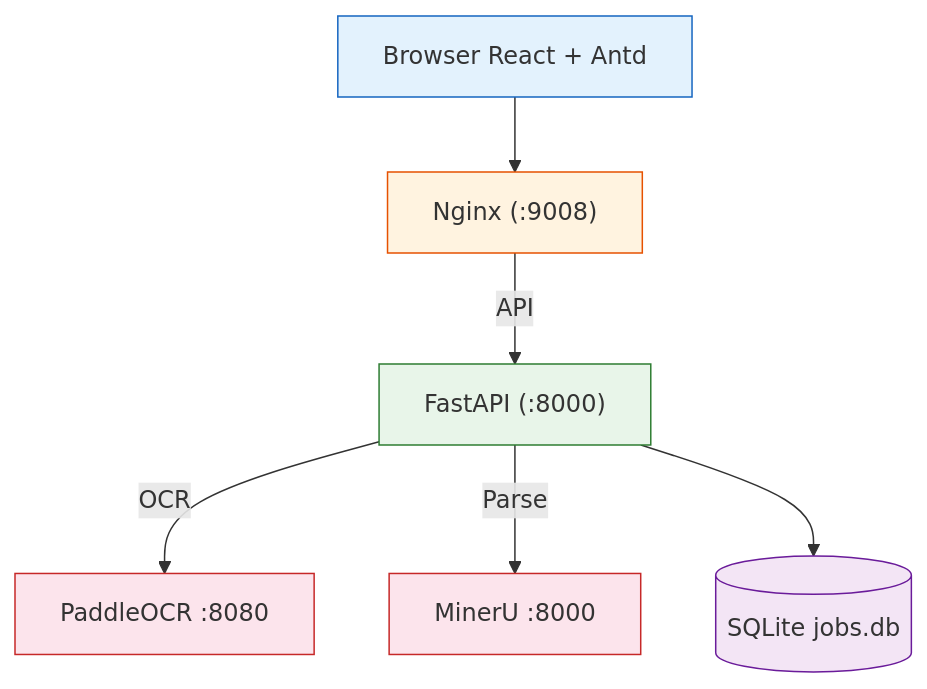
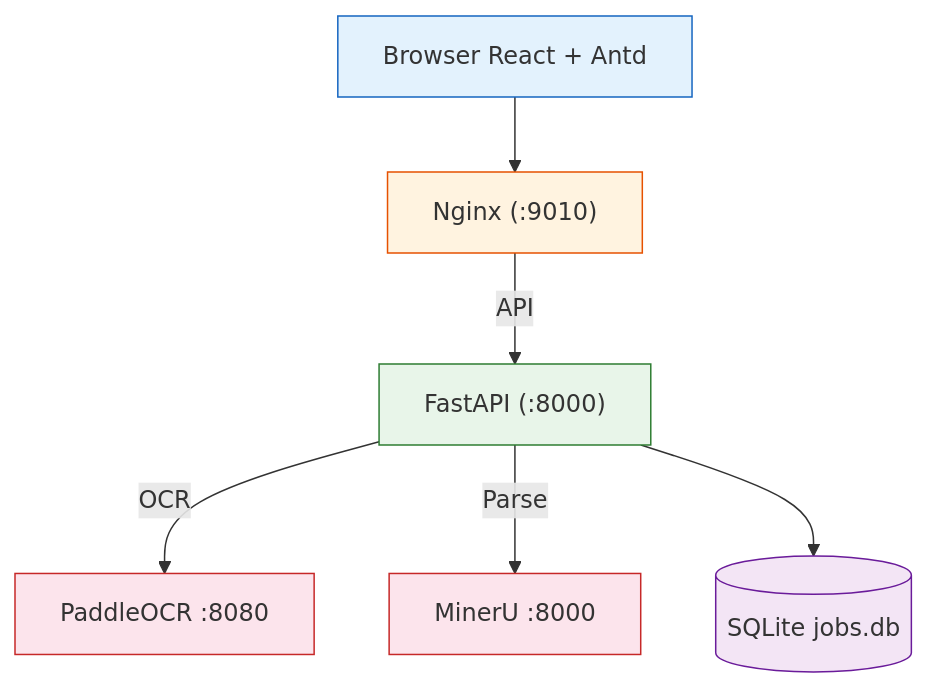
The first of 3 diagrams in ARCHITECTURE.md (Terryhelium/pdf2searchable), drawn with Mermaid before and after one commit. The commit also changed other lines of this file and 33 other files, not shown here.

````diff
--- a/ARCHITECTURE.md
+++ b/ARCHITECTURE.md
@@ -7,20 +7,20 @@
 ```mermaid
 graph TB
-    Browser["Browser React + Antd"] --> Nginx["Nginx (:9008)"]
+    Browser["Browser React + Antd"] --> Nginx["Nginx (:9010)"]
     Nginx -->|API| Backend["FastAPI (:8000)"]
     Backend -->|OCR| Paddle["PaddleOCR :8080"]
     Backend -->|Parse| Mineru["MinerU :8000"]
     Backend --> DB[("SQLite jobs.db")]
 
     classDef browser fill:#e3f2fd,stroke:#1565c0
     classDef nginx fill:#fff3e0,stroke:#e65100
     classDef backend fill:#e8f5e9,stroke:#2e7d32
     classDef ext fill:#fce4ec,stroke:#c62828
     classDef db fill:#f3e5f5,stroke:#6a1b9a
 
     class Browser browser
     class Nginx nginx
     class Backend backend
     class Paddle,Mineru ext
     class DB db
 ```
````
